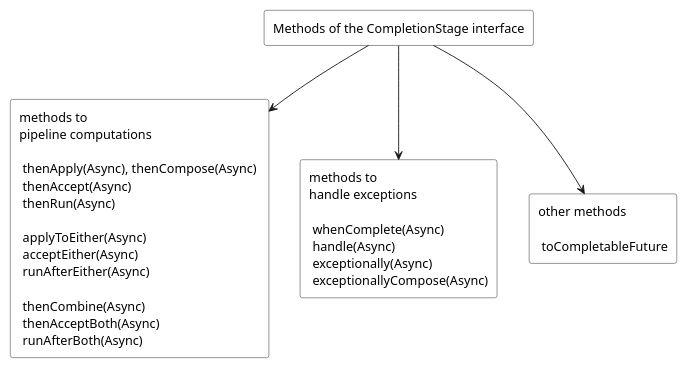
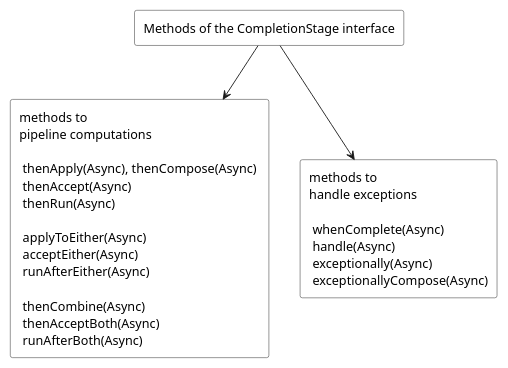
One commit to ti-cortex-m4/demo-java-completablefuture changed the diagram in images/methods of the CompletionStage interface.puml. Above: the diagram before and after it, drawn with PlantUML. The commit also changed 3 other files, not shown here.

```diff
--- a/images/methods of the CompletionStage interface.puml
+++ b/images/methods of the CompletionStage interface.puml
@@ -1,16 +1,14 @@
 @startuml
 
 scale 0.9
 skinparam monochrome true
 skinparam RectangleBackgroundColor white
 
 rectangle "Methods of the CompletionStage interface" as methods
 rectangle "methods to\npipeline computations \n \n thenApply(Async), thenCompose(Async) \n thenAccept(Async) \n thenRun(Async) \n \n applyToEither(Async) \n acceptEither(Async) \n runAfterEither(Async) \n \n thenCombine(Async) \n thenAcceptBoth(Async) \n runAfterBoth(Async)" as methods1
 rectangle "methods to\nhandle exceptions \n \n whenComplete(Async) \n handle(Async) \n exceptionally(Async) \n exceptionallyCompose(Async)" as methods2
-rectangle "other methods \n \n toCompletableFuture" as methods3
 
 methods --> methods1
 methods --> methods2
-methods --> methods3
 
 @enduml
```
